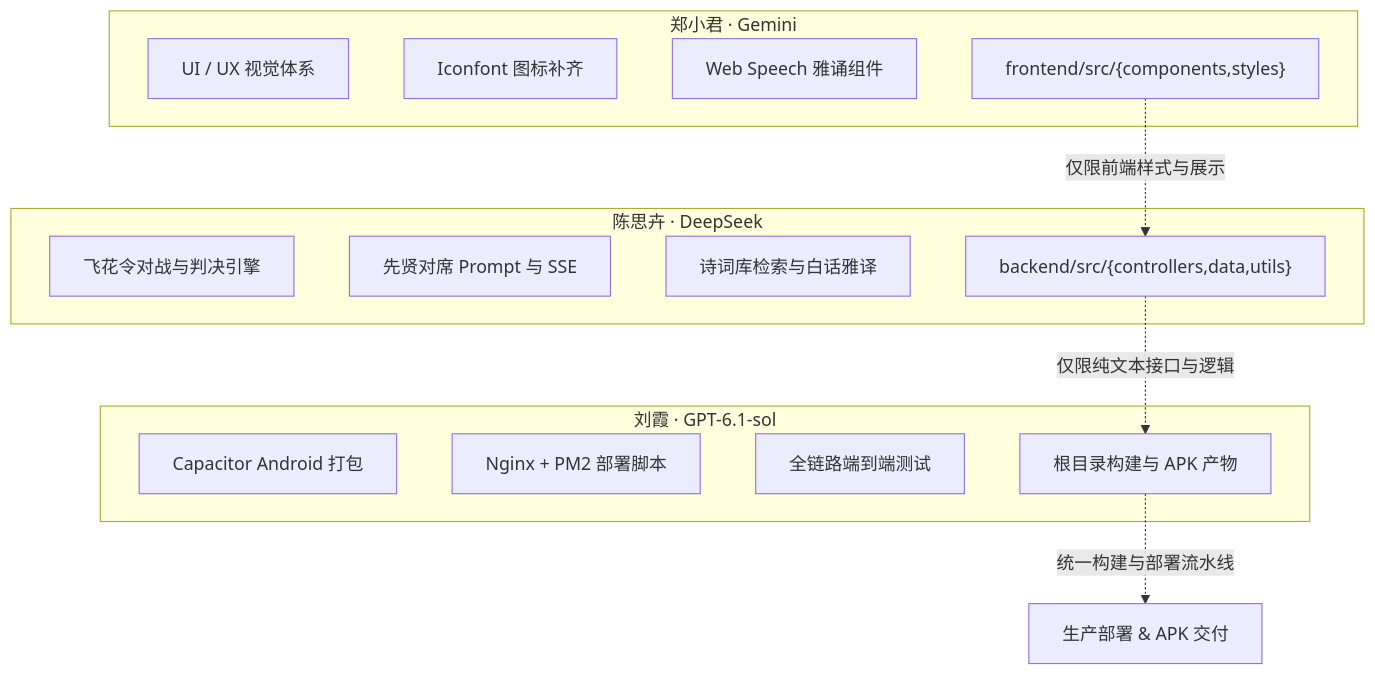
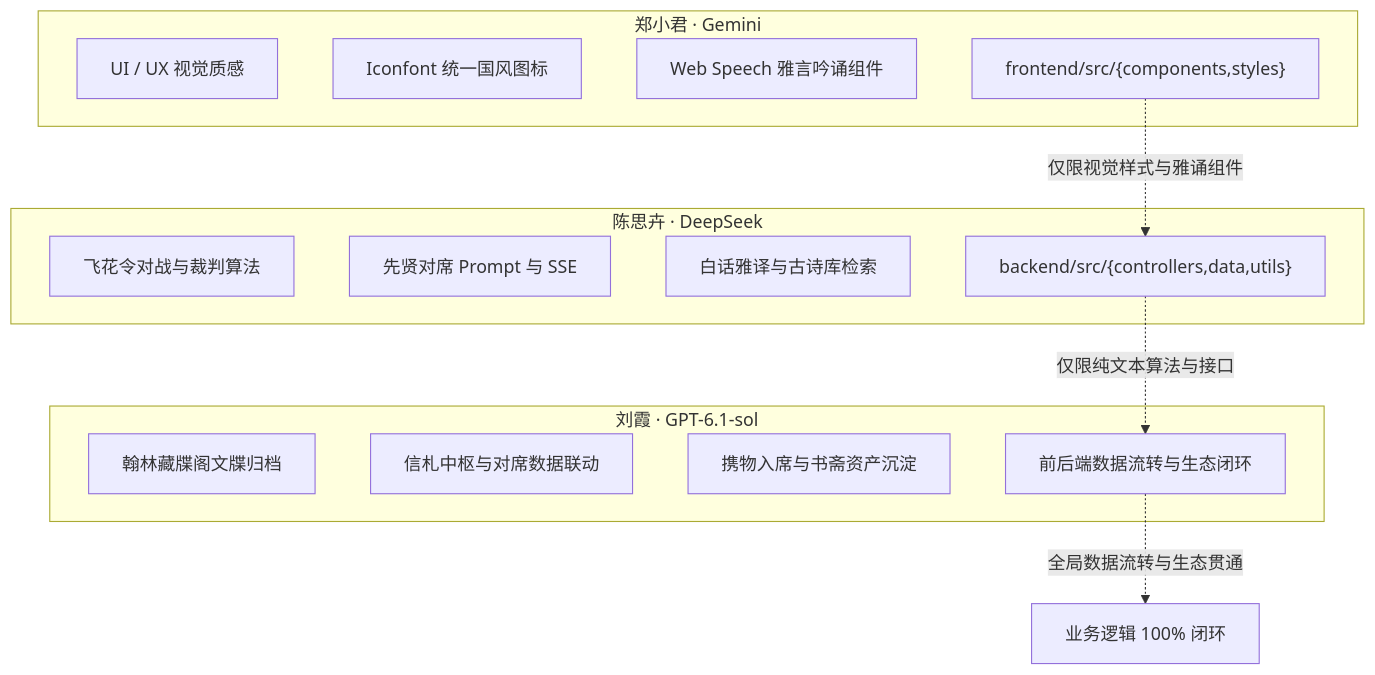
One commit to xiaojuju11/sino-wind changed the diagram in docs/今日任务分配与全链路闭环决战方案_20261015.md. Above: the diagram before and after it, drawn with Mermaid. The commit also changed other lines of this file and 1 other file, not shown here.

````diff
--- a/docs/今日任务分配与全链路闭环决战方案_20261015.md
+++ b/docs/今日任务分配与全链路闭环决战方案_20261015.md
@@ -125,27 +121,27 @@
 ```mermaid
 flowchart TD
     subgraph 郑小君 [郑小君 · Gemini]
-        Z1["UI / UX 视觉体系"]
-        Z2["Iconfont 图标补齐"]
-        Z3["Web Speech 雅诵组件"]
+        Z1["UI / UX 视觉质感"]
+        Z2["Iconfont 统一国风图标"]
+        Z3["Web Speech 雅言吟诵组件"]
         Z4["frontend/src/{components,styles}"]
     end
 
     subgraph 陈思卉 [陈思卉 · DeepSeek]
-        C1["飞花令对战与判决引擎"]
+        C1["飞花令对战与裁判算法"]
         C2["先贤对席 Prompt 与 SSE"]
-        C3["诗词库检索与白话雅译"]
+        C3["白话雅译与古诗库检索"]
         C4["backend/src/{controllers,data,utils}"]
     end
 
     subgraph 刘霞 [刘霞 · GPT-6.1-sol]
-        L1["Capacitor Android 打包"]
-        L2["Nginx + PM2 部署脚本"]
-        L3["全链路端到端测试"]
-        L4["根目录构建与 APK 产物"]
+        L1["翰林藏牒阁文牒归档"]
+        L2["信札中枢与对席数据联动"]
+        L3["携物入席与书斋资产沉淀"]
+        L4["前后端数据流转与生态闭环"]
     end
 
-    Z4 -. 仅限前端样式与展示 .-> C4
-    C4 -. 仅限纯文本接口与逻辑 .-> L4
-    L4 -. 统一构建与部署流水线 .-> DEPLOY[生产部署 & APK 交付]
+    Z4 -. 仅限视觉样式与雅诵组件 .-> C4
+    C4 -. 仅限纯文本算法与接口 .-> L4
+    L4 -. 全局数据流转与生态贯通 .-> SYSTEM[业务逻辑 100% 闭环]
 ```
````
